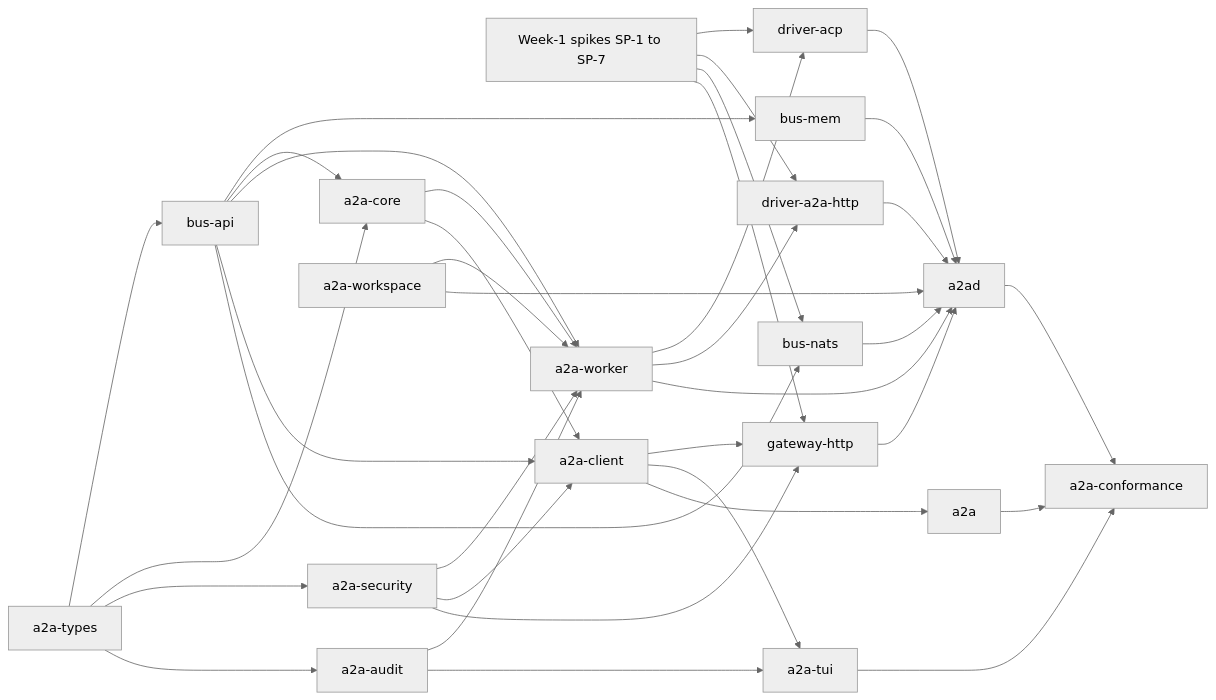
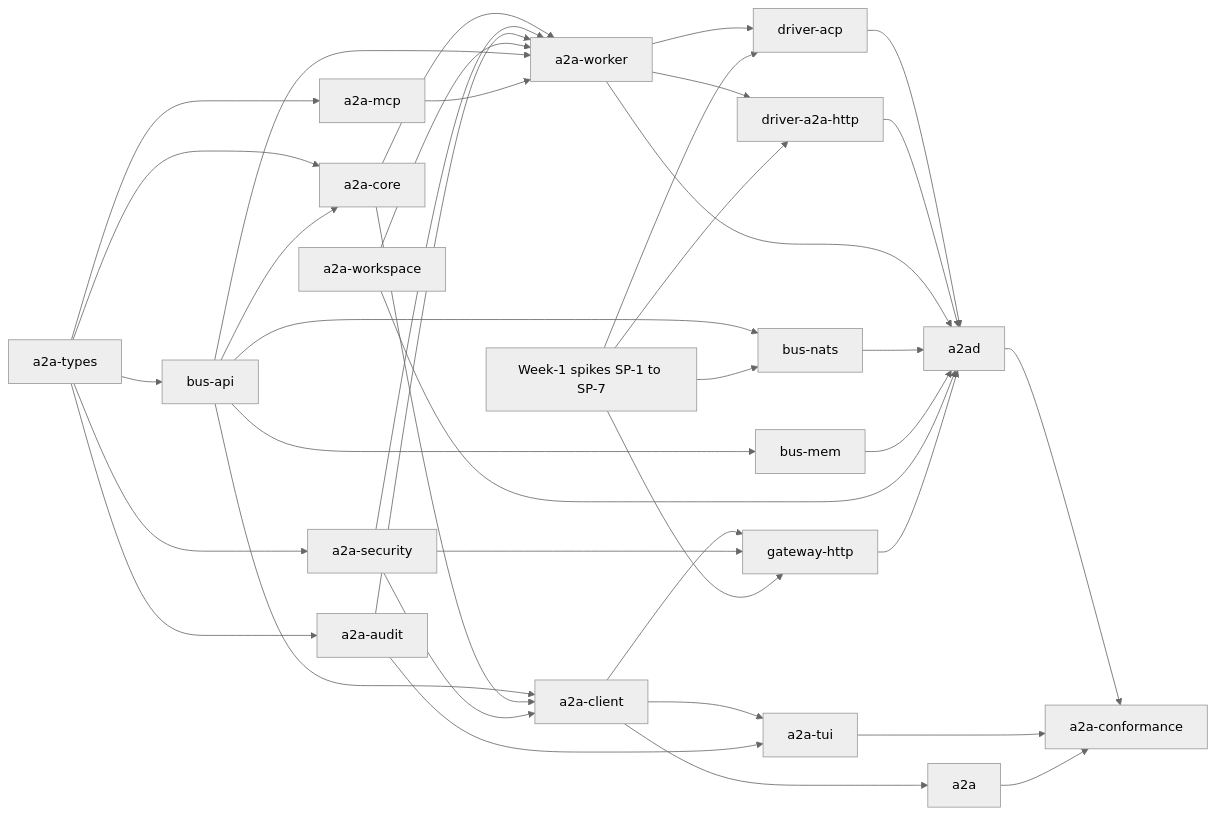
One commit to 0x1ee7/agent-proto changed the diagram in docs/rfcs/0014-milestone-1-plan.md. Above: the diagram before and after it, drawn with Mermaid (neutral theme). The commit also changed other lines of this file and 2 other files, not shown here.

Commit message:
Add RFC-0015 peer-call tool and delegation plumbing; place a2a-mcp at L2

````diff
--- a/docs/rfcs/0014-milestone-1-plan.md
+++ b/docs/rfcs/0014-milestone-1-plan.md
@@ -113,41 +113,43 @@
 ```mermaid
 flowchart LR
   SP["Week-1 spikes SP-1 to SP-7"]
   types["a2a-types"] --> busapi["bus-api"]
   busapi --> busmem["bus-mem"]
   types --> core["a2a-core"]
   busapi --> core
   types --> sec["a2a-security"]
+  types --> mcp["a2a-mcp"]
   types --> audit["a2a-audit"]
   ws["a2a-workspace"]
   core --> worker["a2a-worker"]
   sec --> worker
   audit --> worker
   ws --> worker
   busapi --> worker
+  mcp --> worker
   worker --> acp["driver-acp"]
   worker --> http["driver-a2a-http"]
   busapi --> client["a2a-client"]
   core --> client
   sec --> client
   client --> gw["gateway-http"]
   sec --> gw
   busapi --> nats["bus-nats"]
   SP --> acp
   SP --> http
   SP --> nats
   SP --> gw
   acp --> sup["a2ad"]
   http --> sup
   worker --> sup
   nats --> sup
   busmem --> sup
   ws --> sup
   gw --> sup
   client --> tui["a2a-tui"]
   audit --> tui
   client --> cli["a2a"]
   sup --> conf["a2a-conformance"]
   tui --> conf
   cli --> conf
 ```
````
